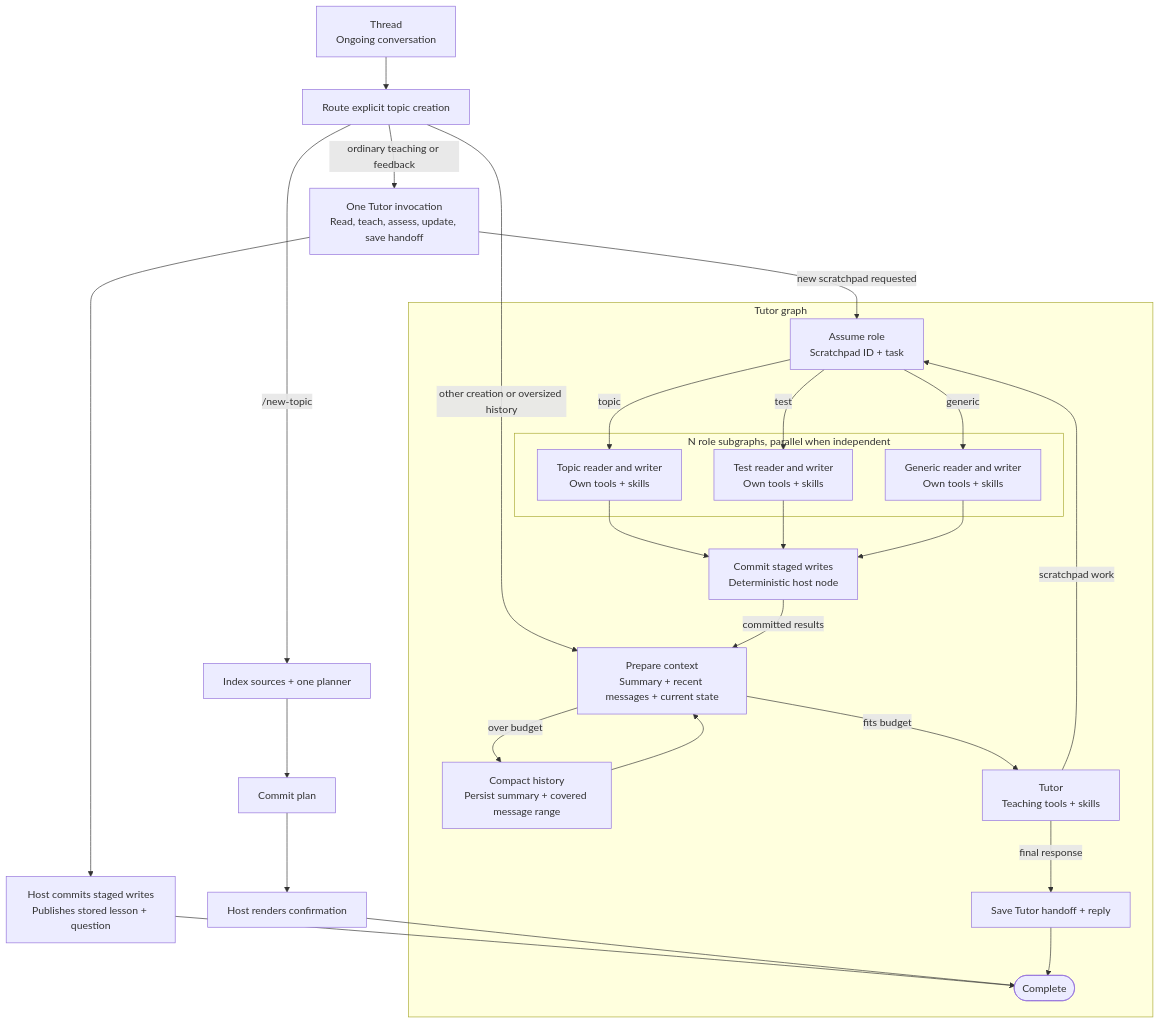
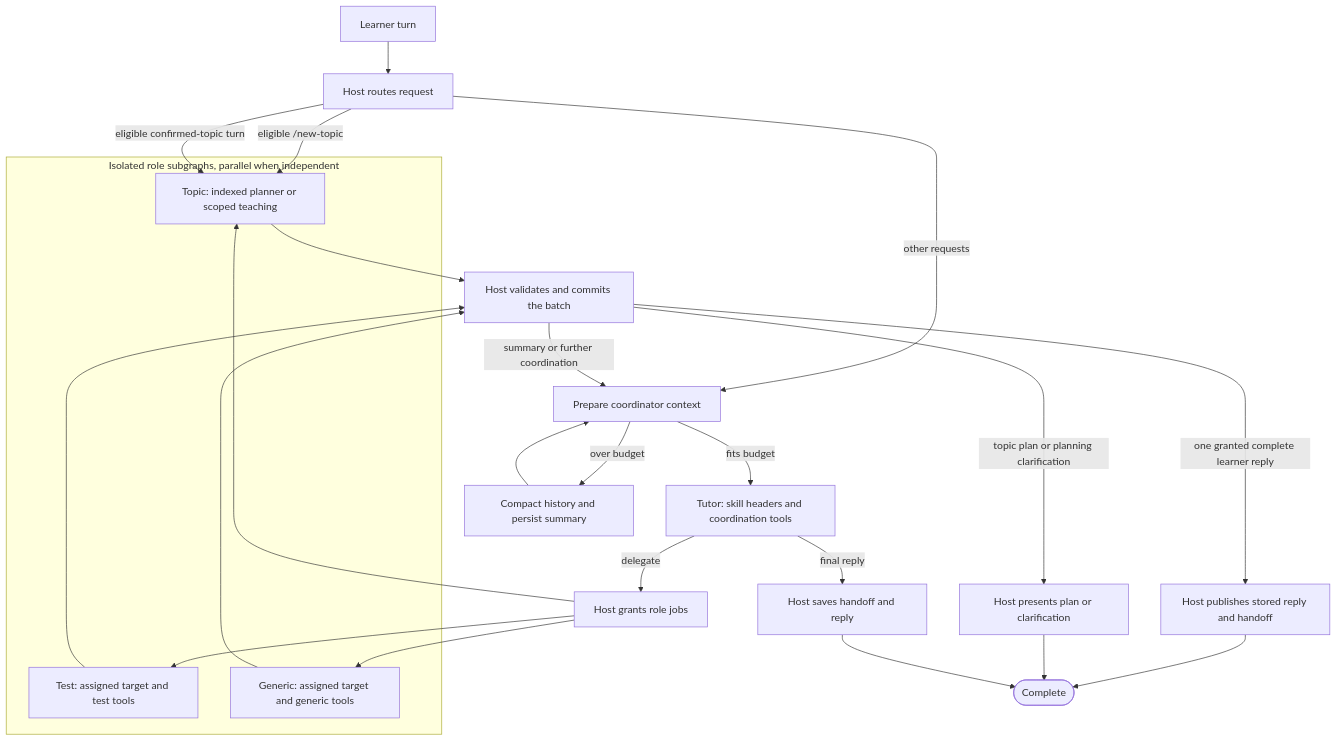
Before and after one commit to Acrylic125/edu: the diagram in docs/graph.md, drawn with Mermaid. The commit also changed other lines of this file and 52 other files, not shown here.

````diff
--- a/docs/graph.md
+++ b/docs/graph.md
@@ -13,42 +13,29 @@
 ```mermaid
 flowchart TB
-	Thread["Thread<br/>Ongoing conversation"] --> Route["Route explicit topic creation"]
-	Route -->|"ordinary teaching or feedback"| Single["One Tutor invocation<br/>Read, teach, assess, update, save handoff"]
-	Single --> Publish["Host commits staged writes<br/>Publishes stored lesson + question"] --> Done
-	Single -->|"new scratchpad requested"| AssumeRole
-	Route -->|"other creation or oversized history"| Prepare
-	Route -->|"/new-topic"| Plan["Index sources + one planner"]
-	Plan --> PlanCommit["Commit plan"] --> PlanReply["Host renders confirmation"] --> Done
-
-	subgraph TutorGraph["Tutor graph"]
-		Prepare["Prepare context<br/>Summary + recent messages + current state"]
-		Compact["Compact history<br/>Persist summary + covered message range"]
-		Tutor["Tutor<br/>Teaching tools + skills"]
-		AssumeRole["Assume role<br/>Scratchpad ID + task"]
-
-		Prepare -->|"fits budget"| Tutor
-		Prepare -->|"over budget"| Compact
-		Compact --> Prepare
-
-		subgraph RoleJobs["N role subgraphs, parallel when independent"]
-			Topic["Topic reader and writer<br/>Own tools + skills"]
-			Test["Test reader and writer<br/>Own tools + skills"]
-			Generic["Generic reader and writer<br/>Own tools + skills"]
-		end
-
-		Commit["Commit staged writes<br/>Deterministic host node"]
-		Reply["Save Tutor handoff + reply"]
-		Done(["Complete"])
-
-		Tutor -->|"scratchpad work"| AssumeRole
-		AssumeRole -->|topic| Topic
-		AssumeRole -->|test| Test
-		AssumeRole -->|generic| Generic
-		Topic --> Commit
-		Test --> Commit
-		Generic --> Commit
-		Commit -->|"committed results"| Prepare
-		Tutor -->|"final response"| Reply
-		Reply --> Done
+	Thread["Learner turn"] --> Route["Host routes request"]
+	Route -->|"eligible /new-topic"| Topic
+	Route -->|"eligible confirmed-topic turn"| Topic
+	Route -->|"other requests"| Prepare["Prepare coordinator context"]
+	Prepare -->|"fits budget"| Tutor["Tutor: skill headers and coordination tools"]
+	Prepare -->|"over budget"| Compact["Compact history and persist summary"]
+	Compact --> Prepare
+	Tutor -->|"delegate"| Assume["Host grants role jobs"]
+	subgraph Roles["Isolated role subgraphs, parallel when independent"]
+		Topic["Topic: indexed planner or scoped teaching"]
+		Test["Test: assigned target and test tools"]
+		Generic["Generic: assigned target and generic tools"]
 	end
+	Assume --> Topic
+	Assume --> Test
+	Assume --> Generic
+	Topic --> Commit["Host validates and commits the batch"]
+	Test --> Commit
+	Generic --> Commit
+	Commit -->|"one granted complete learner reply"| Publish["Host publishes stored reply and handoff"]
+	Commit -->|"topic plan or planning clarification"| PlanReply["Host presents plan or clarification"]
+	Commit -->|"summary or further coordination"| Prepare
+	Tutor -->|"final reply"| Save["Host saves handoff and reply"]
+	Publish --> Done(["Complete"])
+	PlanReply --> Done
+	Save --> Done
 ```
````
